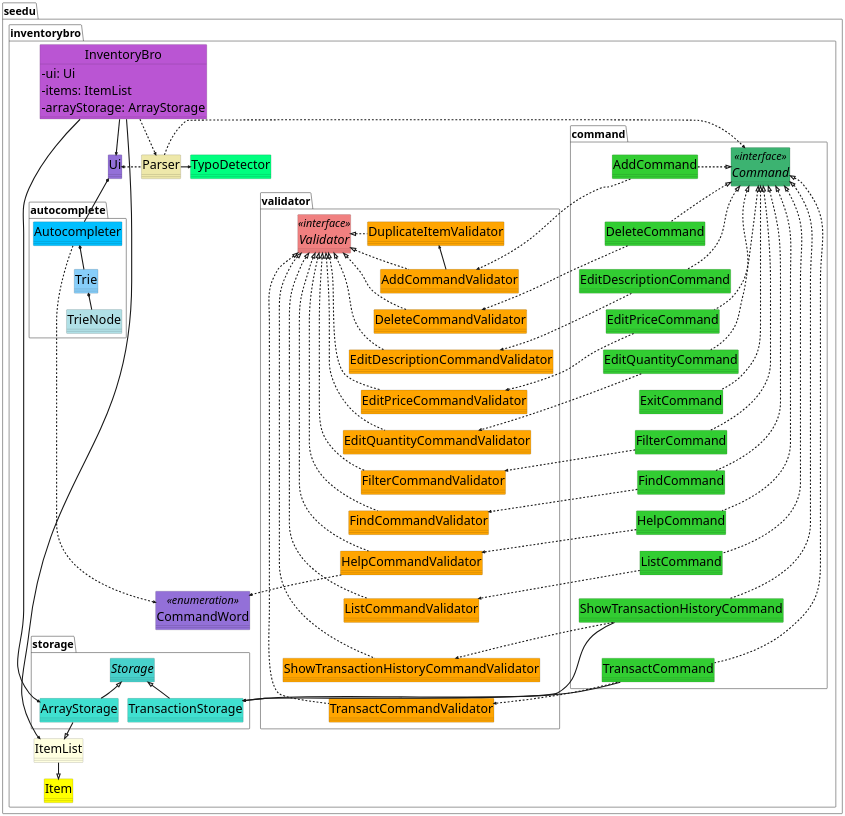
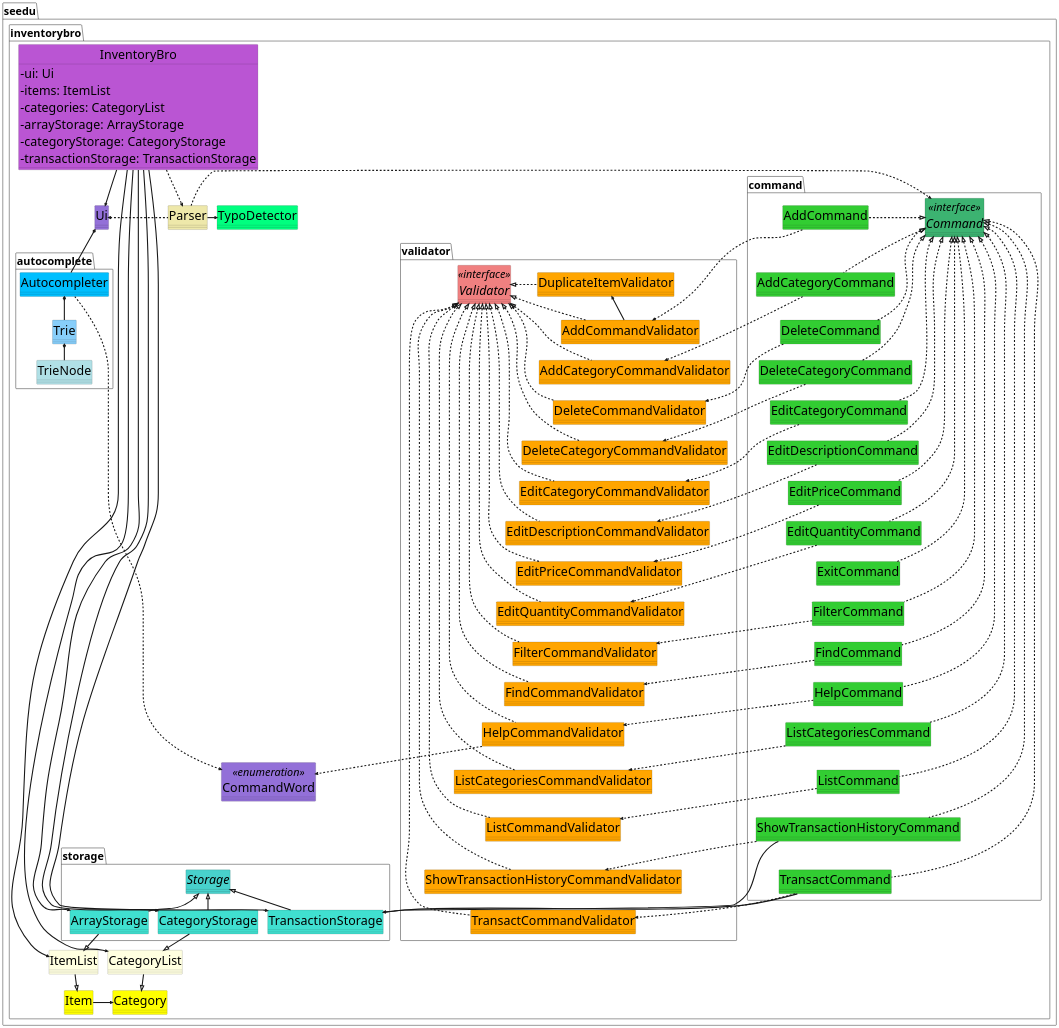
The diagram in docs/diagrams/InventoryBroClassDiagram.puml (fmohamedfaras/tp), drawn with PlantUML before and after one commit. The commit also changed 50 other files, not shown here.

```diff
--- a/docs/diagrams/InventoryBroClassDiagram.puml
+++ b/docs/diagrams/InventoryBroClassDiagram.puml
@@ -14,7 +14,10 @@
     class InventoryBro #mediumorchid {
         - ui: Ui
         - items: ItemList
+        - categories: CategoryList
         - arrayStorage: ArrayStorage
+        - categoryStorage: CategoryStorage
+        - transactionStorage: TransactionStorage
     }
 
     class Ui #mediumpurple
@@ -26,40 +29,51 @@
         interface Command <<interface>> #mediumseagreen
 
         class AddCommand #limegreen
+        class AddCategoryCommand #limegreen
         class DeleteCommand #limegreen
+        class DeleteCategoryCommand #limegreen
+        class EditCategoryCommand #limegreen
         class EditDescriptionCommand #limegreen
         class EditPriceCommand #limegreen
         class EditQuantityCommand #limegreen
+        class ExitCommand #limegreen
+        class FilterCommand #limegreen
+        class FindCommand #limegreen
+        class HelpCommand #limegreen
+        class ListCategoriesCommand #limegreen
+        class ListCommand #limegreen
+        class ShowTransactionHistoryCommand #limegreen
         class TransactCommand #limegreen
-        class ShowTransactionHistoryCommand #limegreen
-        class ListCommand #limegreen
-        class FindCommand #limegreen
-        class FilterCommand #limegreen
-        class HelpCommand #limegreen
-        class ExitCommand #limegreen
     }
 
     package "storage" {
         abstract class Storage #mediumturquoise
         class ArrayStorage #turquoise
+        class CategoryStorage #turquoise
         class TransactionStorage #turquoise
     }
 
     class ItemList #lightyellow
     class Item #yellow
+    class CategoryList #lightyellow
+    class Category #yellow
 
     package "validator" {
         interface Validator <<interface>> #lightcoral
 
         class AddCommandValidator #orange
+        class AddCategoryCommandValidator #orange
         class DeleteCommandValidator #orange
+        class DeleteCategoryCommandValidator #orange
         class DuplicateItemValidator #orange
+        class EditCategoryCommandValidator #orange
         class EditDescriptionCommandValidator #orange
         class EditPriceCommandValidator #orange
         class EditQuantityCommandValidator #orange
         class FilterCommandValidator #orange
         class FindCommandValidator #orange
         class HelpCommandValidator #orange
+        class ListCategoriesCommandValidator #orange
         class ListCommandValidator #orange
         class ShowTransactionHistoryCommandValidator #orange
         class TransactCommandValidator #orange
@@ -82,16 +96,25 @@
     Parser .left.> Ui
     Parser -right-> TypoDetector
     InventoryBro --> ArrayStorage
+    InventoryBro --> CategoryStorage
+    InventoryBro --> TransactionStorage
     Autocompleter -up-* Ui
     Autocompleter ..> CommandWord
     HelpCommandValidator ..> CommandWord
     InventoryBro --> ItemList
+    InventoryBro --> CategoryList
 
     'storage
     ArrayStorage -up-|> Storage
+    CategoryStorage -up-|> Storage
     TransactionStorage -up-|> Storage
+
     ArrayStorage --|> ItemList
+    CategoryStorage --|> CategoryList
+
     ItemList --|> Item
+    CategoryList --|> Category
+    Item -right-> Category
 
     TransactCommand -down-> TransactionStorage
     ShowTransactionHistoryCommand -down-> TransactionStorage
@@ -100,46 +123,62 @@
     TrieNode -up-* Trie
     Trie -up-* Autocompleter
 
-    'Alignment
-    AddCommand -[hidden]down-> DeleteCommand
-    DeleteCommand -[hidden]down-> EditDescriptionCommand
+    'Alignment for Commands
+    AddCommand -[hidden]down-> AddCategoryCommand
+    AddCategoryCommand -[hidden]down-> DeleteCommand
+    DeleteCommand -[hidden]down-> DeleteCategoryCommand
+    DeleteCategoryCommand -[hidden]down-> EditCategoryCommand
+    EditCategoryCommand -[hidden]down-> EditDescriptionCommand
     EditDescriptionCommand -[hidden]down-> EditPriceCommand
     EditPriceCommand -[hidden]down-> EditQuantityCommand
     EditQuantityCommand -[hidden]down-> ExitCommand
     ExitCommand -[hidden]down-> FilterCommand
     FilterCommand -[hidden]down-> FindCommand
     FindCommand -[hidden]down-> HelpCommand
-    HelpCommand -[hidden]down-> ListCommand
+    HelpCommand -[hidden]down-> ListCategoriesCommand
+    ListCategoriesCommand -[hidden]down-> ListCommand
     ListCommand -[hidden]down-> ShowTransactionHistoryCommand
     ShowTransactionHistoryCommand -[hidden]down-> TransactCommand
 
-    AddCommandValidator -[hidden]down-> DeleteCommandValidator
-    DeleteCommandValidator -[hidden]down-> EditDescriptionCommandValidator
+    'Alignment for Validators
+    AddCommandValidator -[hidden]down-> AddCategoryCommandValidator
+    AddCategoryCommandValidator -[hidden]down-> DeleteCommandValidator
+    DeleteCommandValidator -[hidden]down-> DeleteCategoryCommandValidator
+    DeleteCategoryCommandValidator -[hidden]down-> EditCategoryCommandValidator
+    EditCategoryCommandValidator -[hidden]down-> EditDescriptionCommandValidator
     EditDescriptionCommandValidator -[hidden]down-> EditPriceCommandValidator
     EditPriceCommandValidator -[hidden]down-> EditQuantityCommandValidator
     EditQuantityCommandValidator -[hidden]down-> FilterCommandValidator
     FilterCommandValidator -[hidden]down-> FindCommandValidator
     FindCommandValidator -[hidden]down-> HelpCommandValidator
-    HelpCommandValidator -[hidden]down-> ListCommandValidator
+    HelpCommandValidator -[hidden]down-> ListCategoriesCommandValidator
+    ListCategoriesCommandValidator -[hidden]down-> ListCommandValidator
     ListCommandValidator -[hidden]down-> ShowTransactionHistoryCommandValidator
     ShowTransactionHistoryCommandValidator -[hidden]down-> TransactCommandValidator
 
     'Commands to CommandValidators
     AddCommand ..> AddCommandValidator
+    AddCategoryCommand ..> AddCategoryCommandValidator
     DeleteCommand ..> DeleteCommandValidator
+    DeleteCategoryCommand ..> DeleteCategoryCommandValidator
+    EditCategoryCommand ..> EditCategoryCommandValidator
     EditDescriptionCommand ..> EditDescriptionCommandValidator
     EditPriceCommand ..> EditPriceCommandValidator
     EditQuantityCommand ..> EditQuantityCommandValidator
     FilterCommand ..> FilterCommandValidator
     FindCommand ..> FindCommandValidator
     HelpCommand ..> HelpCommandValidator
+    ListCategoriesCommand ..> ListCategoriesCommandValidator
     ListCommand ..> ListCommandValidator
     ShowTransactionHistoryCommand ..> ShowTransactionHistoryCommandValidator
     TransactCommand ..> TransactCommandValidator
 
     'Commands to Command interface
     AddCommand .left.|> Command
+    AddCategoryCommand .left.|> Command
     DeleteCommand .left.|> Command
+    DeleteCategoryCommand .left.|> Command
+    EditCategoryCommand .left.|> Command
     EditDescriptionCommand .left.|> Command
     EditPriceCommand .left.|> Command
     EditQuantityCommand .left.|> Command
@@ -147,6 +186,7 @@
     FilterCommand .left.|> Command
     FindCommand .left.|> Command
     HelpCommand .left.|> Command
+    ListCategoriesCommand .left.|> Command
     ListCommand .left.|> Command
     ShowTransactionHistoryCommand .left.|> Command
     TransactCommand .left.|> Command
@@ -154,14 +194,18 @@
     'CommandValidators to Validator interface
     DuplicateItemValidator <-- AddCommandValidator
     Validator <|.right. AddCommandValidator
+    Validator <|.right. AddCategoryCommandValidator
     Validator <|.right. DuplicateItemValidator
     Validator <|.right. DeleteCommandValidator
+    Validator <|.right. DeleteCategoryCommandValidator
+    Validator <|.right. EditCategoryCommandValidator
     Validator <|.right. EditDescriptionCommandValidator
     Validator <|.right. EditPriceCommandValidator
     Validator <|.right. EditQuantityCommandValidator
     Validator <|.right. FilterCommandValidator
     Validator <|.right. FindCommandValidator
     Validator <|.right. HelpCommandValidator
+    Validator <|.right. ListCategoriesCommandValidator
     Validator <|.right. ListCommandValidator
     Validator <|.right. ShowTransactionHistoryCommandValidator
     Validator <|.right. TransactCommandValidator
```
